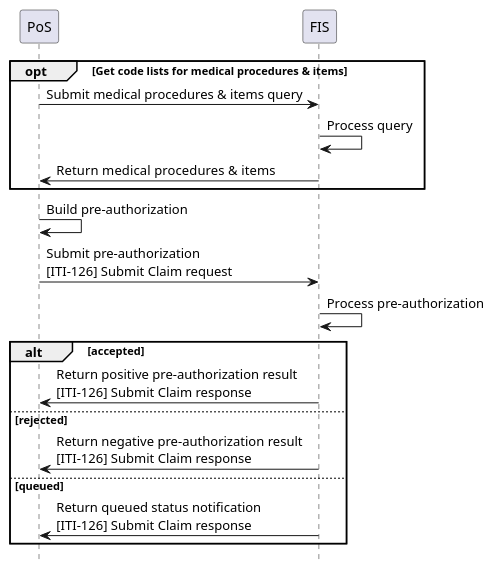
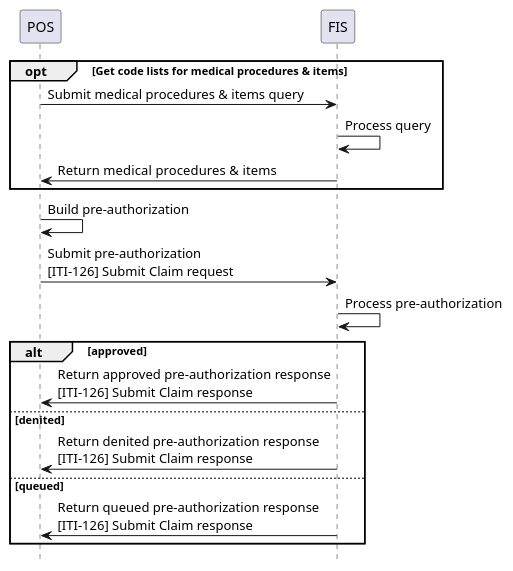
The diagram in input/images-source/usecase5-processflow.plantuml (IHE/ITI.Finance), drawn with PlantUML before and after one commit. The commit also changed 8 other files, not shown here.

```diff
--- a/input/images-source/usecase5-processflow.plantuml
+++ b/input/images-source/usecase5-processflow.plantuml
@@ -1,28 +1,28 @@
 @startuml
 skinparam svgDimensionStyle false
 hide footbox
 
-participant PoS
+participant POS
 participant FIS
 
 
 opt Get code lists for medical procedures & items
-	PoS -> FIS: Submit medical procedures & items query
+	POS -> FIS: Submit medical procedures & items query
 	FIS -> FIS: Process query
-	FIS -> PoS: Return  medical procedures & items
+	FIS -> POS: Return  medical procedures & items
 end opt
  
 
-PoS -> PoS: Build pre-authorization
-PoS -> FIS: Submit pre-authorization\n&#91;ITI-126&#93; Submit Claim request
+POS -> POS: Build pre-authorization
+POS -> FIS: Submit pre-authorization\n&#91;ITI-126&#93; Submit Claim request
 FIS -> FIS: Process pre-authorization
 
-alt accepted
-	FIS -> PoS: Return positive pre-authorization result\n&#91;ITI-126&#93; Submit Claim response
-else rejected
-	FIS -> PoS: Return negative pre-authorization result\n&#91;ITI-126&#93; Submit Claim response
+alt approved
+	FIS -> POS: Return approved pre-authorization response\n&#91;ITI-126&#93; Submit Claim response
+else denited
+	FIS -> POS: Return denited pre-authorization response\n&#91;ITI-126&#93; Submit Claim response
 else queued
-	FIS -> PoS: Return queued status notification\n&#91;ITI-126&#93; Submit Claim response
+	FIS -> POS: Return queued pre-authorization response\n&#91;ITI-126&#93; Submit Claim response
 end
 
 @enduml
```
